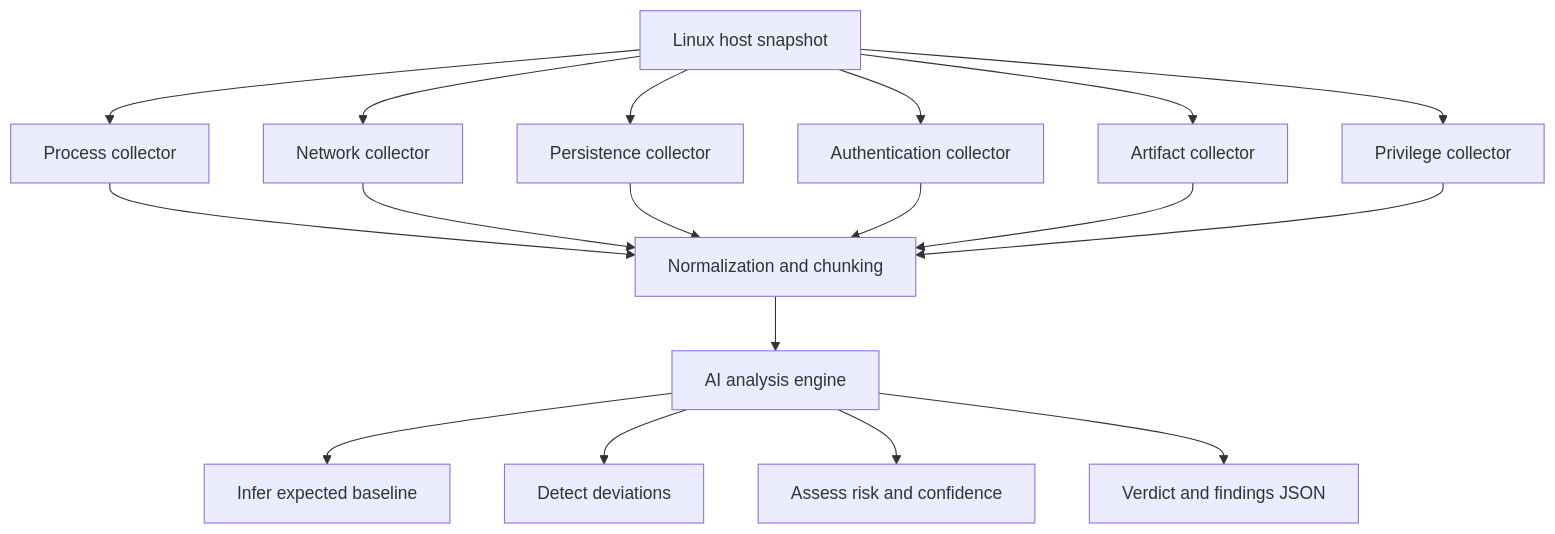
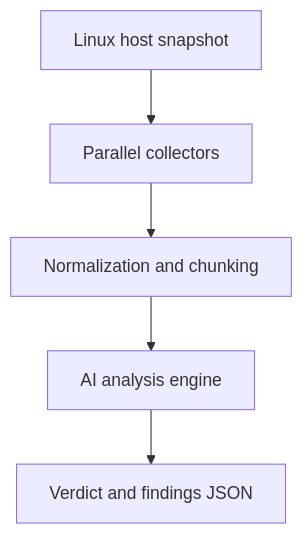
The diagram in README.md (Towelie/linux-ai-host-anomaly), drawn with Mermaid before and after one commit. The commit also changed other lines of this file, not shown here.

Commit message:
Updated graph again

````diff
--- a/README.md
+++ b/README.md
@@ -15,26 +15,13 @@
 ```mermaid
 flowchart TD
     A[Linux host snapshot]
+    B[Parallel collectors]
+    C[Normalization and chunking]
+    D[AI analysis engine]
+    E[Verdict and findings JSON]
 
-    A --> B1[Process collector]
-    A --> B2[Network collector]
-    A --> B3[Persistence collector]
-    A --> B4[Authentication collector]
-    A --> B5[Artifact collector]
-    A --> B6[Privilege collector]
-
-    B1 --> C[Normalization and chunking]
-    B2 --> C
-    B3 --> C
-    B4 --> C
-    B5 --> C
-    B6 --> C
-
-    C --> D[AI analysis engine]
-
-    D --> D1[Infer expected baseline]
-    D --> D2[Detect deviations]
-    D --> D3[Assess risk and confidence]
-
-    D --> E[Verdict and findings JSON]
+    A --> B
+    B --> C
+    C --> D
+    D --> E
 ```
````
